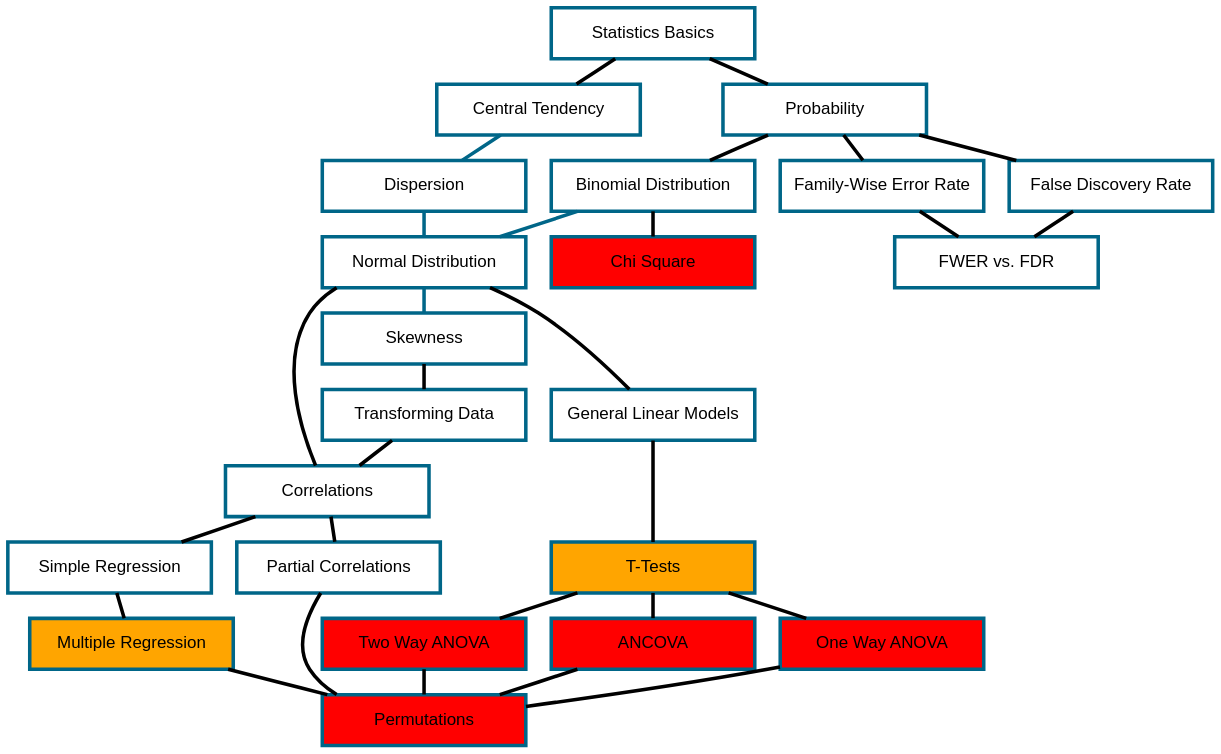
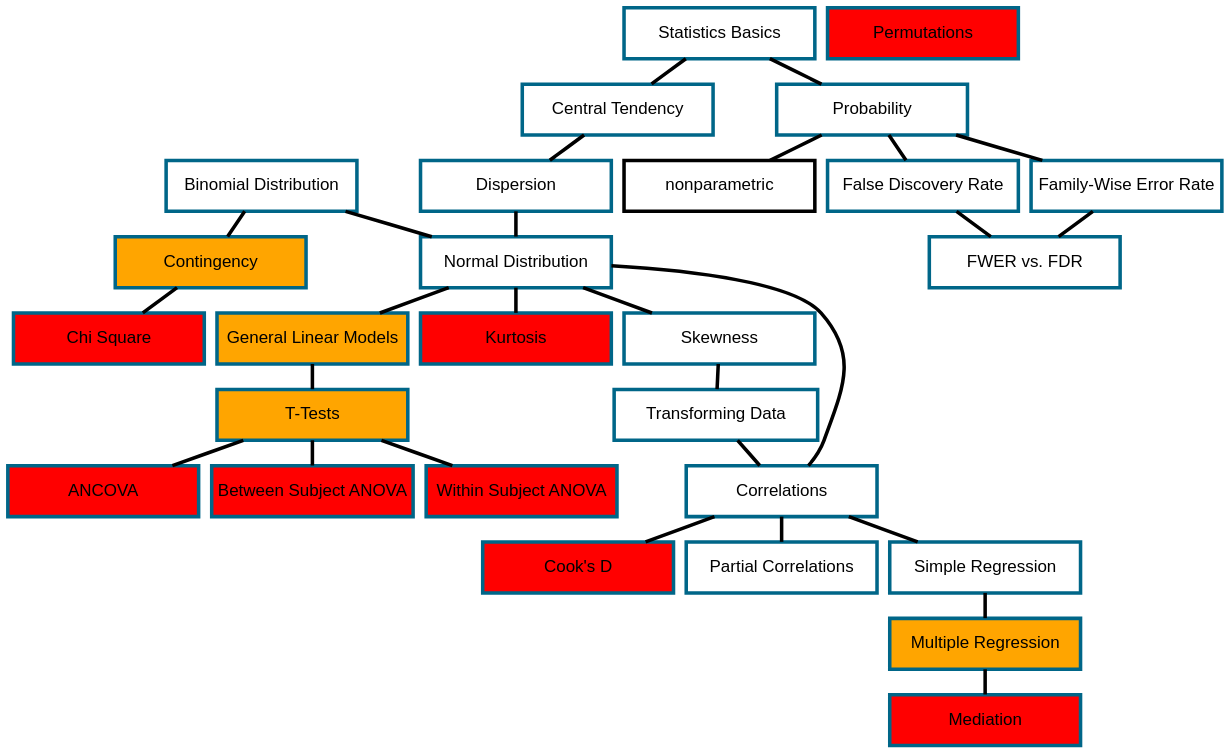
The diagram in overview.qmd (Reading-Psych/jast), drawn with Graphviz before and after one commit. The commit also changed 32 other files, not shown here.

````diff
--- a/overview.qmd
+++ b/overview.qmd
@@ -10,12 +10,12 @@
 //| fig-width: 10
 digraph "Course Overview" {
   rankdir=TB;
-	fontname="Helvetica,Arial,sans-serif"
+  fontname="Helvetica,Arial,sans-serif"
 	node [fontname="Helvetica,Arial,sans-serif"]
 	edge [fontname="Helvetica,Arial,sans-serif"]
 	graph [
 		newrank = true,
-		nodesep = 0.5,
+		nodesep = 0.25,
 		ranksep = .5,
 		overlap = false,
 		splines = curve,
@@ -27,7 +27,7 @@
 		height = 1,
 		shape = box,
 		style = "filled,setlinewidth(5)",
-		width = 4
+		width = 3.75
 	]
 	edge [
 		arrowhead = none,
@@ -47,12 +47,23 @@
       fillcolor = "red",
       URL = ""
     ]
+    between_anova[
+      label = "Between Subject ANOVA",
+      fillcolor = "red",
+      URL = ""
+    ]
 		binomial [
 			URL = "../distributions/binomial.html",
 			fixedsize = true,
 			# fillcolor = "#d9e7ee",
 			label = "Binomial Distribution",
 			row = usr,
+		]
+		contingency[
+		  URL = "../categorical/contingency.html",
+			fixedsize = true,
+			fillcolor = "orange",
+			label = "Contingency"
 		]
 		central_tendency[
 		  URL = "../describingData/centralTendency.html",
@@ -62,8 +73,13 @@
 			label= "Central Tendency"
 		]
 		chisquare[
-		  label = "Chi Square",
-		  URL = "",
+		  label     = "Chi Square",
+		  URL       = "",
+		  fillcolor = red
+		]
+		cooksd[
+		  label     = "Cook's D",
+		  URL       = "",
 		  fillcolor = red
 		]
 		correlations[
@@ -73,8 +89,9 @@
 			label= "Correlations"
 		]
 		dispersion[
-		  URL = "../describingData/dispersion.html",
-			label= "Dispersion"
+		  URL       = "../describingData/dispersion.html",
+			label     = "Dispersion",
+			# fillcolor = "orange"
 		]
 		fdr[
       URL = "../multipleTesting/fdr.html",
@@ -89,9 +106,25 @@
       URL = "../multipleTesting/fwer_vs_fdr.html"
     ]
     glm[
-      URL = "../GeneralLinearModels/generalLinearModels.html",
-      label = "General Linear Models"
+      URL       = "../GeneralLinearModels/generalLinearModels.html",
+      label     = "General Linear Models",
+      fillcolor = "orange"
     ]
+    kurtosis[
+      URL       = "",
+      label     = "Kurtosis",
+      fillcolor = "red"
+    ]
+    mediation[
+      URL = "",
+      fillcolor = "red",
+      label = "Mediation"
+    ]
+		multiple_regression[
+		  label     = "Multiple Regression",
+		  URL       = "../regressions/multipleRegressions.html",
+		  fillcolor = "orange"
+		]
 		normal[
 		  URL = "../distributions/normal.html",
 			fillcolor = white,
@@ -99,16 +132,6 @@
 			row = func,
 			label= "Normal Distribution"
 		]
-		multiple_regression[
-		  label     = "Multiple Regression",
-		  URL       = "../regressions/multipleRegressions.html",
-		  fillcolor = "orange"
-		]
-    onewayanova[
-      label = "One Way ANOVA",
-      fillcolor = "red",
-      URL = ""
-    ]
 		partial_correlations[
 		    label ="Partial Correlations",
 		    URL = "../correlations/partialCorrelations.html",
@@ -117,7 +140,7 @@
 		  label = "Permutations",
 		  fillcolor = "red",
 		  URL = "",
-		  pos = 10
+		  #width = 15,
 		]
 		probability [
 			label = "Probability",
@@ -125,6 +148,11 @@
       #fillcolor = "#d9e7ee",
 			fixedsize = true,
 			row = func,
+		]
+		repeated_measures_anova[
+		  label = "Within Subject ANOVA",
+		  fillcolor = "red",
+		  URL = "",
 		]
 		simple_regression[
 		  label="Simple Regression",
@@ -149,57 +177,49 @@
 		  URL       = "../GeneralLinearModels/TTests.html",
 		  fillcolor = "orange"
 		]
-		twowayanova[
-      label = "Two Way ANOVA",
-      fillcolor = "red",
-      URL = ""
-    ]
-		
-		
-		
-	  binomial -> normal[
-		    #style = "dashed",
-		    row = func
-		]
-		dispersion -> normal
-		central_tendency -> dispersion
-		normal -> skewness[
-		    #style = "dashed",
-		    row = func
-		]
-		
 	}
 	/* connections */
-	probability -> binomial
-	skewness -> transforming
-	normal -> correlations
+	binomial -> contingency
+	binomial -> normal[
+    #style = "dashed",
+    row = func
+	]
+	contingency -> chisquare
+	central_tendency -> dispersion
+	correlations -> cooksd
 	correlations -> partial_correlations
 	correlations -> simple_regression
+	dispersion -> normal
+	fdr -> fwer_vs_fdr
+	fwer -> fwer_vs_fdr
+	glm -> ttests
+  multiple_regression -> mediation
+	normal -> correlations
+	normal -> glm
+	normal -> kurtosis
+	normal -> skewness[
+    #style = "dashed",
+    row = func
+	]
+	simple_regression -> multiple_regression
+	skewness -> transforming
 	transforming -> correlations
-	simple_regression -> multiple_regression
-	normal -> glm
-	glm -> ttests
-	binomial -> chisquare
-	fwer -> fwer_vs_fdr
-	fdr -> fwer_vs_fdr
-	probability-> fwer
-	probability-> fdr
+	probability -> fwer
+	probability -> fdr
+	probability -> nonparametric
+	stats_basics -> central_tendency
 	stats_basics -> probability
-	stats_basics -> central_tendency
-	# correlations -> permutation
-	# simple_regression -> permutation
-	# multiple_regression -> permutation
-	# ttests -> permutation
-	# onewayanova -> permutation
-	# twowayanova -> permutation
-	# ancova -> permutation
-	ttests -> onewayanova
 	ttests -> ancova
-	ttests -> twowayanova
-  partial_correlations -> permutation
-  multiple_regression -> permutation
-  ancova -> permutation
-  onewayanova -> permutation
-  twowayanova -> permutation
+	ttests -> between_anova
+	ttests -> repeated_measures_anova
+	
+  edge[ style = invis ];
+  # ancova -> permutation
+  # correlations -> permutation
+  # mediation -> permutation
+  # multiple_regression -> permutation
+  # # partial_correlations -> permutation
+  # simple_regression -> permutation
+  # ttests -> permutation
 }
 ```
````
